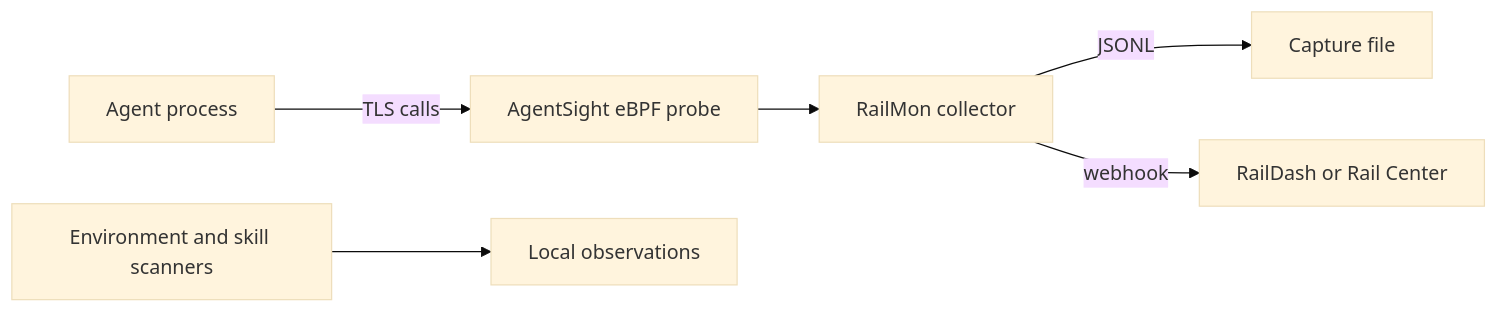
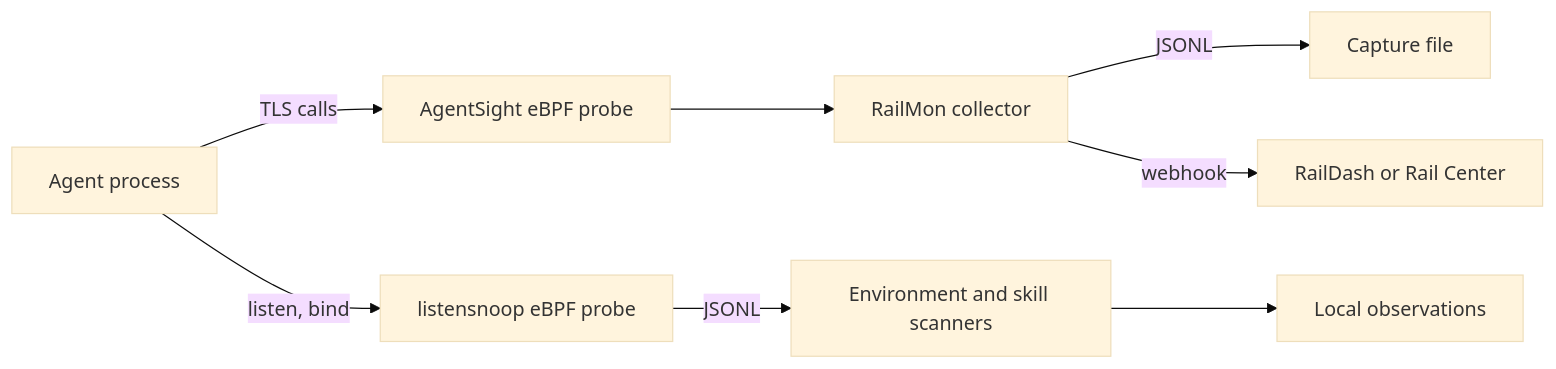
Before and after one commit to datrail/railmon: the diagram in README.md, drawn with Mermaid (base theme). The commit also changed other lines of this file and 13 other files, not shown here.

````diff
--- a/README.md
+++ b/README.md
@@ -42,8 +45,10 @@
 ```mermaid
 flowchart LR
   agent[Agent process] -->|TLS calls| probe[AgentSight eBPF probe]
   probe --> collector[RailMon collector]
   scanner[Environment and skill scanners] --> output[Local observations]
+  agent -->|listen, bind| listen[listensnoop eBPF probe]
+  listen -->|JSONL| scanner
   collector -->|JSONL| file[Capture file]
   collector -->|webhook| dash[RailDash or Rail Center]
 ```
````
